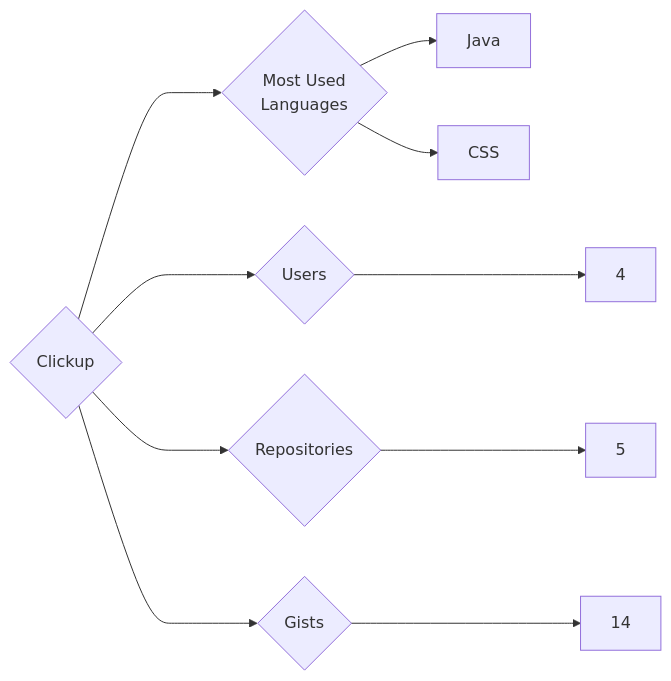
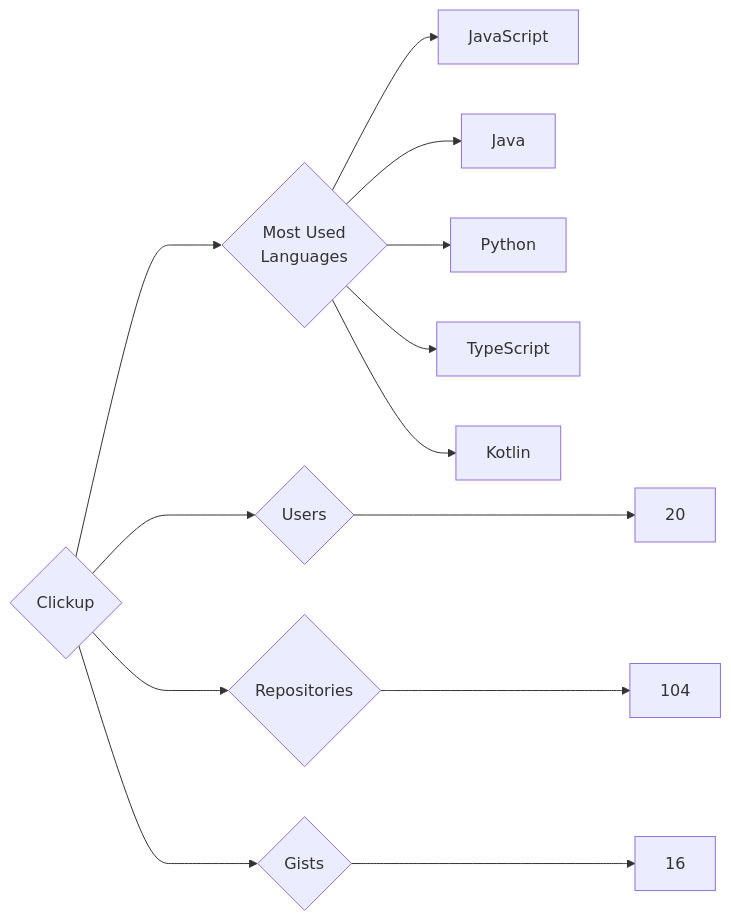
Before and after one commit to trickest/insiders: the diagram in targets/Clickup/README.md, drawn with Mermaid. The commit also changed 681 other files, not shown here.

````diff
--- a/targets/Clickup/README.md
+++ b/targets/Clickup/README.md
@@ -3,10 +3,13 @@
 ```mermaid
 graph LR
 COMPANY_NAME{Clickup}
-COMPANY_NAME ---> U{Users} ---> UN[4]
-COMPANY_NAME ---> R{Repositories} ---> RN[5]
-COMPANY_NAME ---> G{Gists} ---> GN[14]
+COMPANY_NAME ---> U{Users} ---> UN[20]
+COMPANY_NAME ---> R{Repositories} ---> RN[104]
+COMPANY_NAME ---> G{Gists} ---> GN[16]
 COMPANY_NAME ---> ML{Most Used<br>Languages}
+ML --> JavaScript[JavaScript]
 ML --> Java[Java]
-ML --> CSS[CSS]
+ML --> Python[Python]
+ML --> TypeScript[TypeScript]
+ML --> Kotlin[Kotlin]
 ```
````
